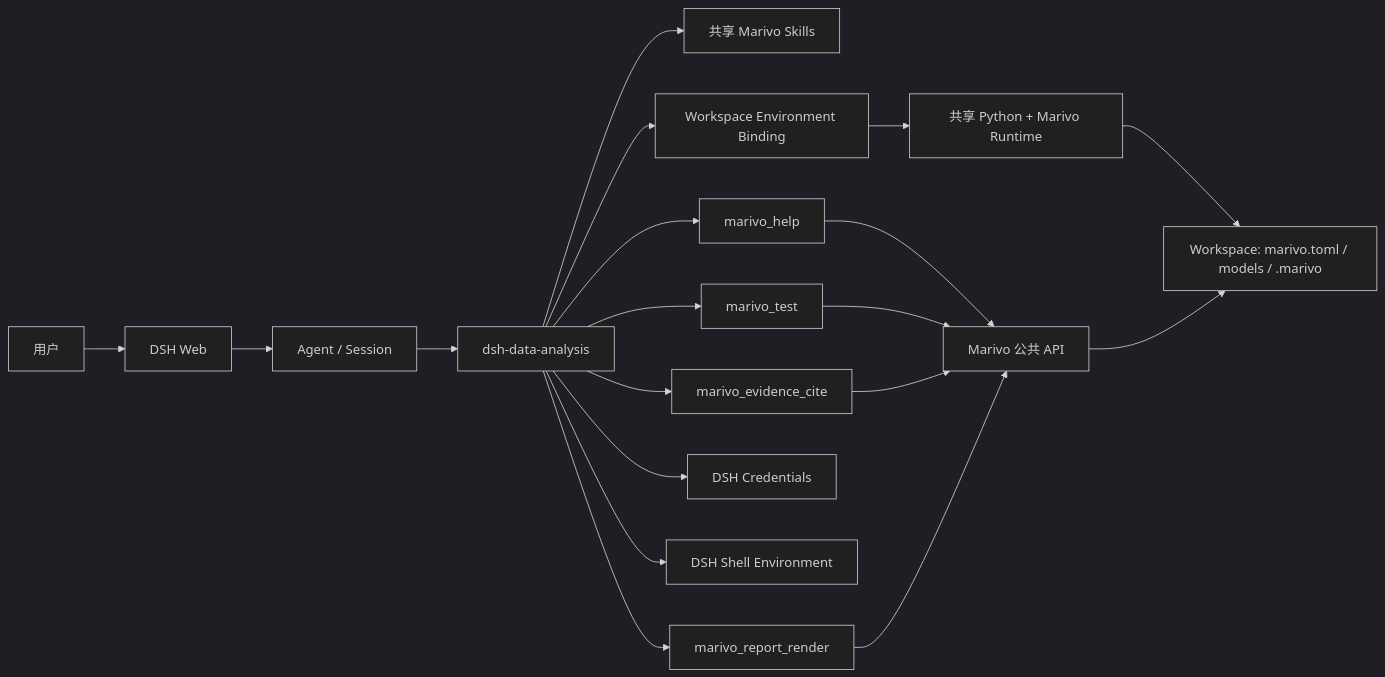
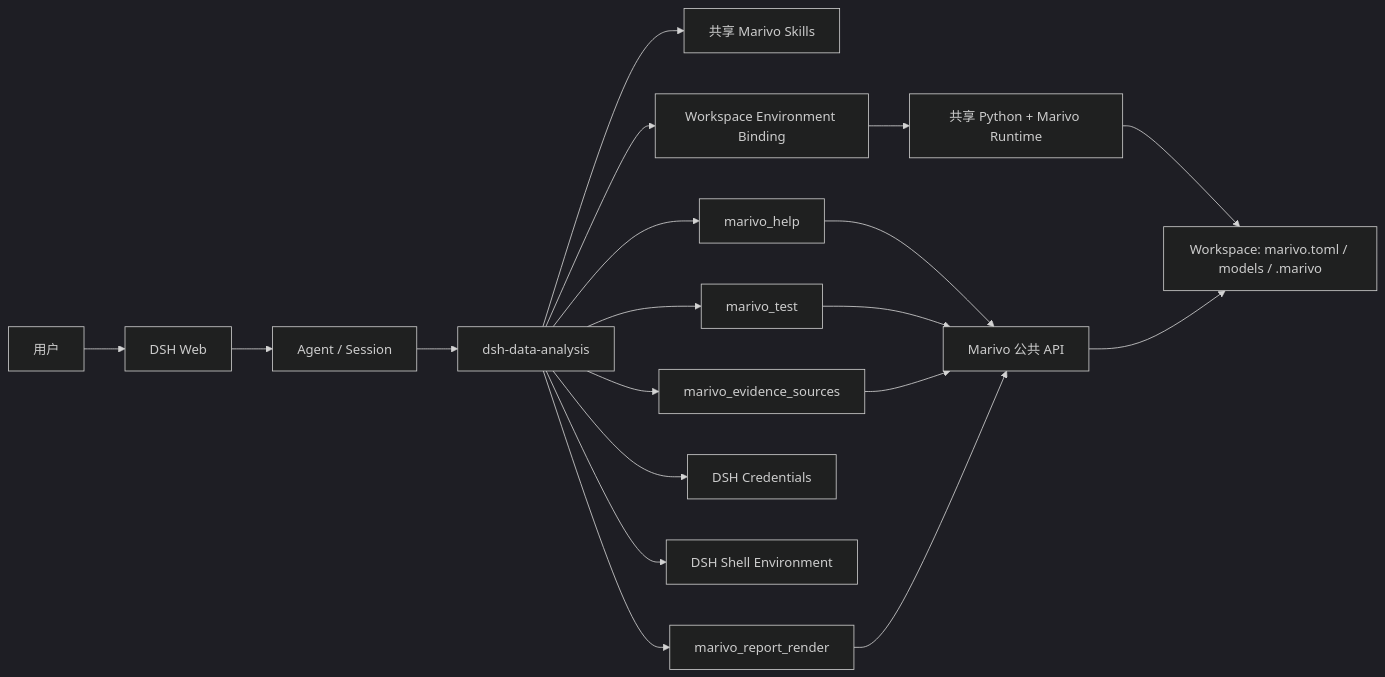
The diagram in docs/architecture.md (chengxianglibra/dsh-data-analysis), drawn with Mermaid (dark theme) before and after one commit. The commit also changed other lines of this file and 20 other files, not shown here.

````diff
--- a/docs/architecture.md
+++ b/docs/architecture.md
@@ -31,21 +31,21 @@
 ```mermaid
 flowchart LR
   User[用户] --> Web[DSH Web]
   Web --> Agent[Agent / Session]
   Agent --> Plugin[dsh-data-analysis]
   Plugin --> Skills[共享 Marivo Skills]
   Plugin --> Help[marivo_help]
   Plugin --> Test[marivo_test]
-  Plugin --> Cite[marivo_evidence_cite]
+  Plugin --> Sources[marivo_evidence_sources]
   Plugin --> Report[marivo_report_render]
   Plugin --> Creds[DSH Credentials]
   Plugin --> ShellEnv[DSH Shell Environment]
   Plugin --> Env[Workspace Environment Binding]
   Env --> Runtime[共享 Python + Marivo Runtime]
   Runtime --> Project[Workspace: marivo.toml / models / .marivo]
   Help --> Marivo[Marivo 公共 API]
   Test --> Marivo
-  Cite --> Marivo
+  Sources --> Marivo
   Report --> Marivo
   Marivo --> Project
 ```
````
